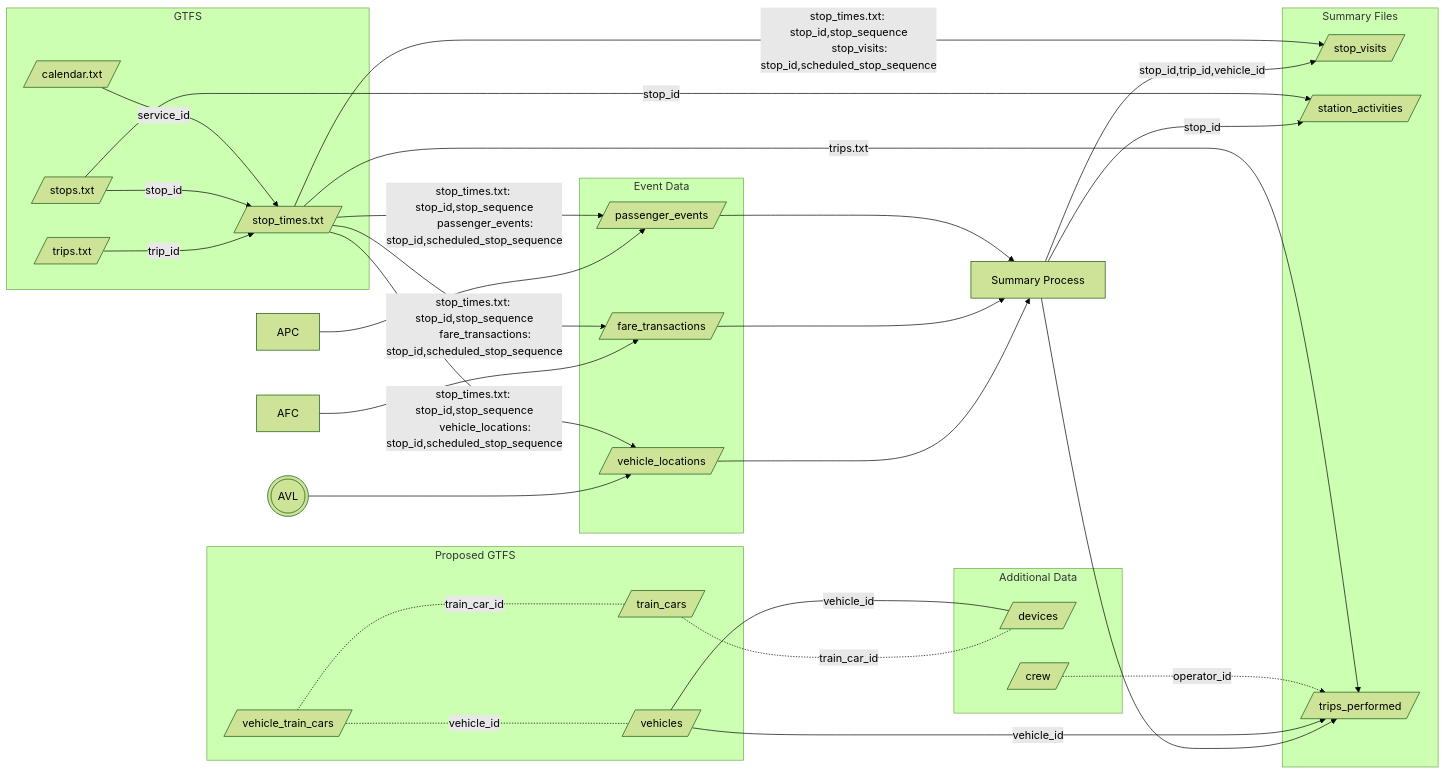
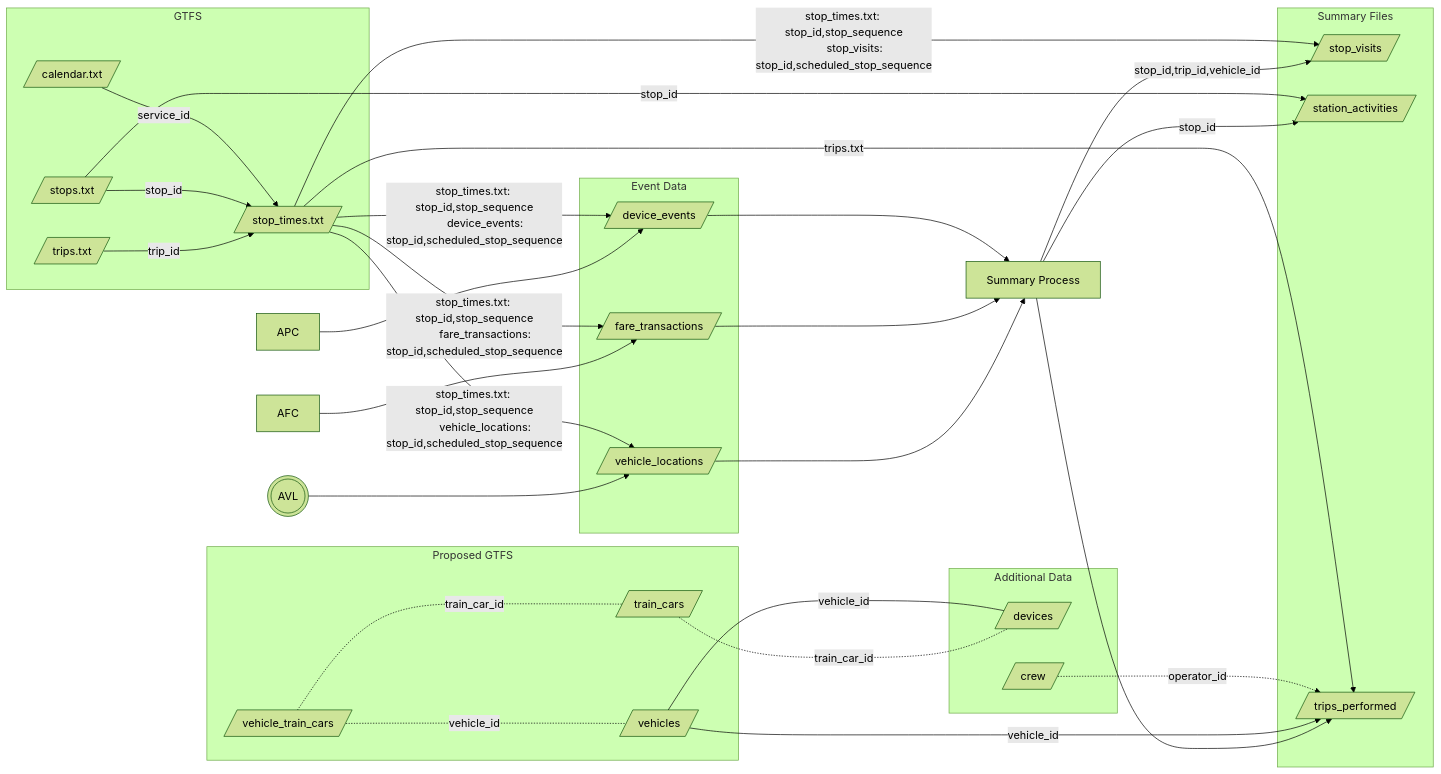
The diagram in docs/architecture.md (TIDES-transit/TIDES), drawn with Mermaid (forest theme) before and after one commit.

Commit message:
refer to device_events in the architecture diagrams

````diff
--- a/docs/architecture.md
+++ b/docs/architecture.md
@@ -22,77 +22,77 @@
 ```mermaid
 graph LR;
     avl(((AVL))) --> vehicle_locations[/vehicle_locations/]
-    APC --> passenger_events[/passenger_events/]
+    APC --> device_events[/device_events/]
     AFC --> fare_transactions[/fare_transactions/]
     vehicle_locations --> summary[Summary Process]
     fare_transactions --> summary
-    passenger_events --> summary
+    device_events --> summary
     summary --> |stop_id,trip_id,vehicle_id|stop_visits[/stop_visits/]
     summary -->|stop_id| station_activities[/station_activities/]
     summary --> trips_performed[/trips_performed/]
     trips.txt[/trips.txt/] --> |trip_id| stop_times.txt[/stop_times.txt/]
     stops.txt[/stops.txt/] --> |stop_id|stop_times.txt
     calendar.txt[/calendar.txt/] --> |service_id|stop_times.txt
     vehicle_train_cars[/vehicle_train_cars/] -.vehicle_id.- vehicles[/vehicles/]
     vehicle_train_cars -.- |train_car_id| train_cars[/train_cars/]
     train_cars -.- |train_car_id| devices[/devices/]
     vehicles  --- |vehicle_id| devices
     vehicles --> |vehicle_id|trips_performed
     crew[/crew/] -.-> |operator_id| trips_performed
     stop_times.txt --> |"
         stop_times.txt: stop_id,stop_sequence
         stop_visits: stop_id,scheduled_stop_sequence
     "| stop_visits
     stop_times.txt --> |trips.txt| trips_performed
     stops.txt --> |stop_id|station_activities
     stop_times.txt --> |"
         stop_times.txt: stop_id,stop_sequence
         vehicle_locations: stop_id,scheduled_stop_sequence
     "| vehicle_locations
     stop_times.txt --> |"
         stop_times.txt: stop_id,stop_sequence
-        passenger_events: stop_id,scheduled_stop_sequence
-    "| passenger_events
+        device_events: stop_id,scheduled_stop_sequence
+    "| device_events
     stop_times.txt --> |"
         stop_times.txt: stop_id,stop_sequence
         fare_transactions: stop_id,scheduled_stop_sequence
     "| fare_transactions
     subgraph eventf [Event Data]
         vehicle_locations
-        passenger_events
+        device_events
         fare_transactions
     end
     subgraph summaryf [Summary Files]
         station_activities
         stop_visits
         trips_performed
     end
     subgraph gtfs [ GTFS ]
         stop_times.txt
         stops.txt
         trips.txt
         calendar.txt
     end
     subgraph proposedGTFS [ Proposed GTFS ]
         train_cars
         vehicle_train_cars
         vehicles
     end
     subgraph additional [ Additional Data ]
         devices
         crew
     end
     click stops.txt "https://gtfs.org/schedule/reference/#stopstxt"
     click stop_times.txt "https://gtfs.org/schedule/reference/#stop_timestxt"
     click calendar.txt "https://gtfs.org/schedule/reference/#calendartxt"
     click trips.txt "https://gtfs.org/schedule/reference/#tripstxt"
     click station_activities "../tables/#station-activities"
     click stop_visits "../tables/#stop-visits"
     click train_cars "../tables/#train-cars"
     click vehicle_train_cars "../tables/#vehicle-train-cars"
     click vehicles "../tables/#vehicles"
     click devices "../tables/#devices"
     click vehicle_locations "../tables/#vehicle-locations"
-    click passenger_events "../tables/#passenger-events"
+    click device_events "../tables/#device-events"
     click fare_transactions "../tables/#fare-transactions"
 ```
````
